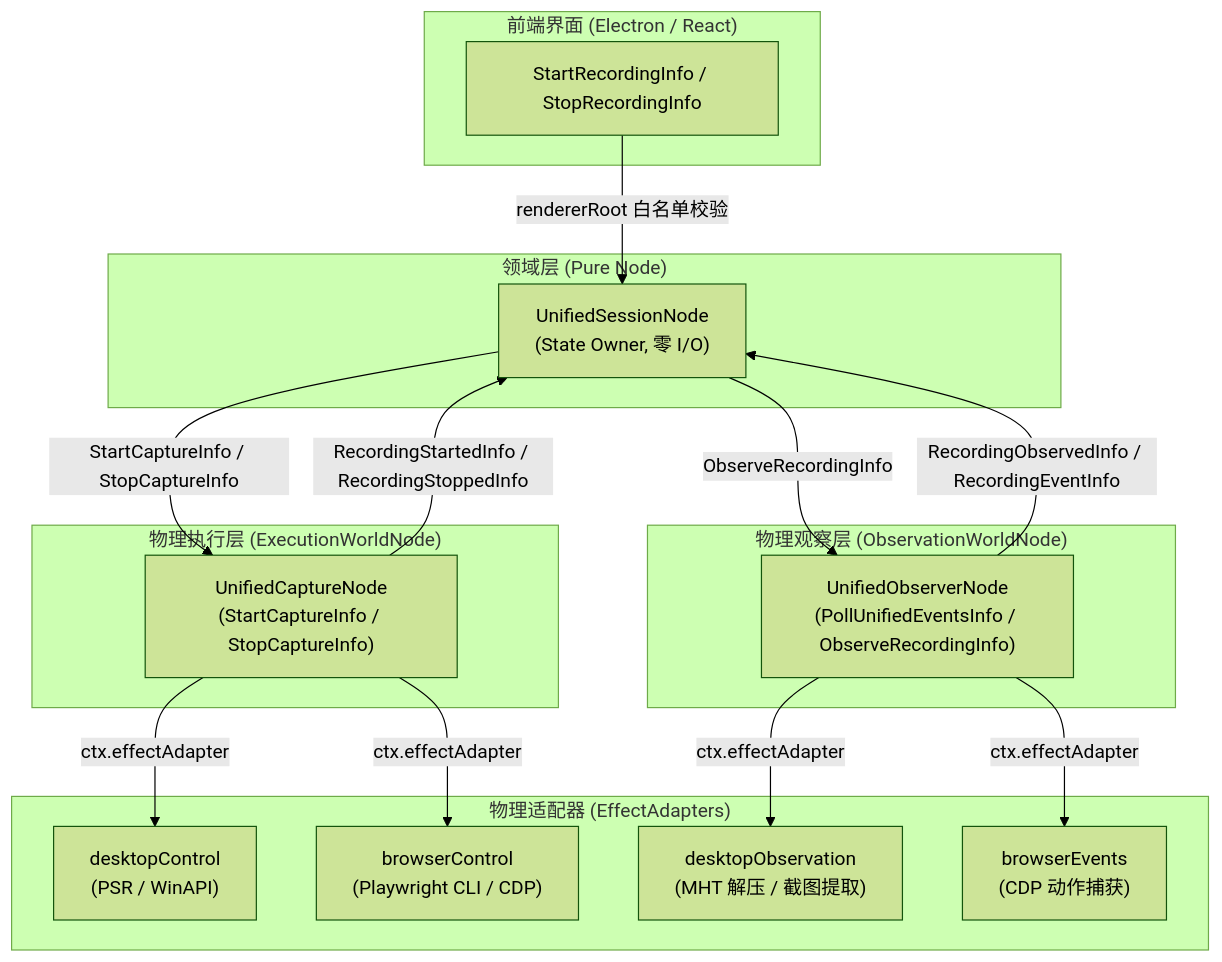
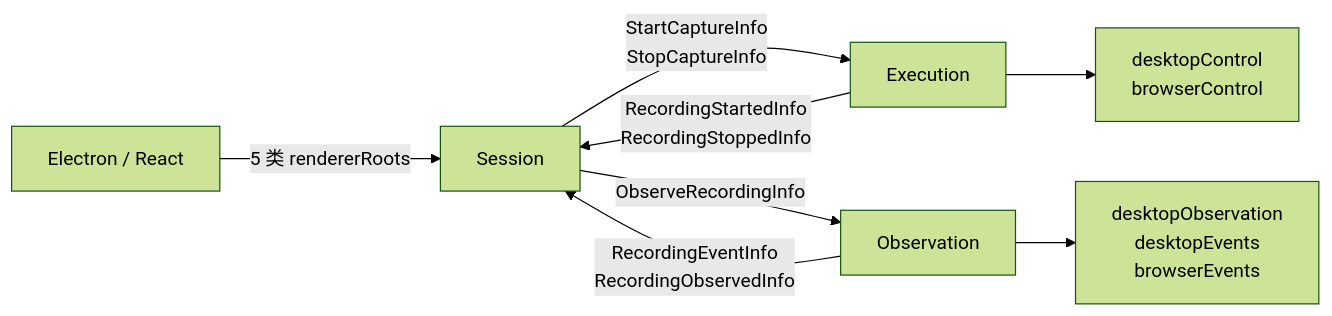
The third of 8 diagrams in REFERENCE/plugins/unified-recorder.md (vd249175-cpu/GSDK), drawn with Mermaid (forest theme) before and after one commit. The commit also changed other lines of this file and 1 other file, not shown here.

Commit message:
Condense unified recorder documentation

````diff
--- a/REFERENCE/plugins/unified-recorder.md
+++ b/REFERENCE/plugins/unified-recorder.md
@@ -32,33 +80,10 @@
 ```mermaid
-flowchart TD
-    subgraph UI ["前端界面 (Electron / React)"]
-        UI_Trigger["StartRecordingInfo / StopRecordingInfo"]
-    end
-
-    subgraph Domain ["领域层 (Pure Node)"]
-        Session["UnifiedSessionNode<br>(State Owner, 零 I/O)"]
-    end
-
-    subgraph World_Exec ["物理执行层 (ExecutionWorldNode)"]
-        Capture["UnifiedCaptureNode<br>(StartCaptureInfo / StopCaptureInfo)"]
-    end
-
-    subgraph World_Obs ["物理观察层 (ObservationWorldNode)"]
-        Observer["UnifiedObserverNode<br>(PollUnifiedEventsInfo / ObserveRecordingInfo)"]
-    end
-
-    subgraph Adapters ["物理适配器 (EffectAdapters)"]
-        A_DC["desktopControl<br>(PSR / WinAPI)"]
-        A_BC["browserControl<br>(Playwright CLI / CDP)"]
-        A_DO["desktopObservation<br>(MHT 解压 / 截图提取)"]
-        A_BE["browserEvents<br>(CDP 动作捕获)"]
-    end
-
-    UI_Trigger -->|rendererRoot 白名单校验| Session
-    Session -->|StartCaptureInfo / StopCaptureInfo| Capture
-    Capture -->|ctx.effectAdapter| A_DC & A_BC
-    Capture -->|RecordingStartedInfo / RecordingStoppedInfo| Session
-    Session -->|ObserveRecordingInfo| Observer
-    Observer -->|ctx.effectAdapter| A_DO & A_BE
-    Observer -->|RecordingObservedInfo / RecordingEventInfo| Session
+flowchart LR
+    UI[Electron / React] -->|5 类 rendererRoots| S[Session]
+    S -->|StartCaptureInfo<br/>StopCaptureInfo| E[Execution]
+    E -->|RecordingStartedInfo<br/>RecordingStoppedInfo| S
+    S -->|ObserveRecordingInfo| O[Observation]
+    O -->|RecordingEventInfo<br/>RecordingObservedInfo| S
+    E --> C[desktopControl<br/>browserControl]
+    O --> A[desktopObservation<br/>desktopEvents<br/>browserEvents]
 ```
````
